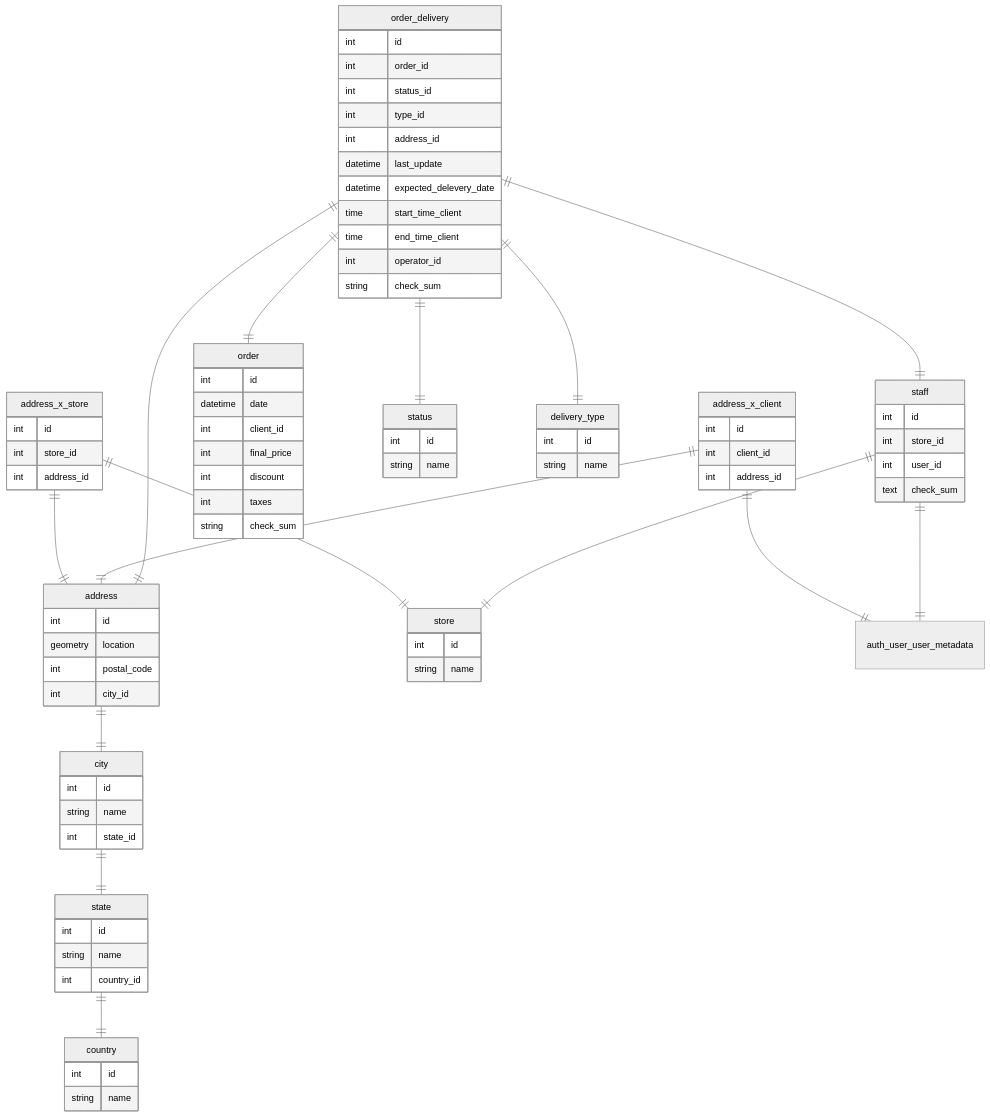
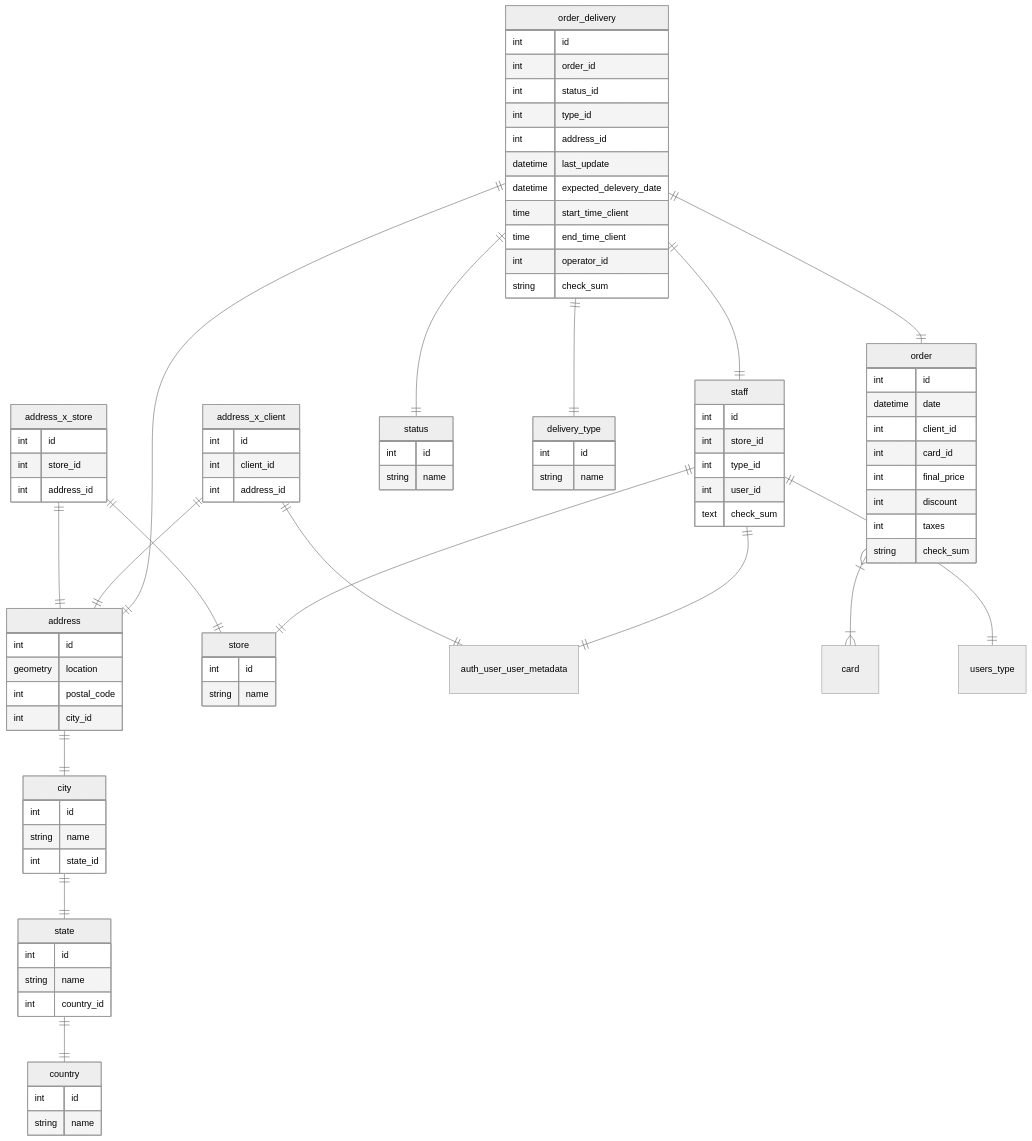
Before and after one commit to AvocadoAguacate/PokeiMarket: the fifth of 6 diagrams in backend/db/readme.md, drawn with Mermaid (neutral theme). The commit also changed other lines of this file and 1 other file, not shown here.

Commit message:
ADD card table, isDeleted

```diff
--- a/backend/db/readme.md
+++ b/backend/db/readme.md
@@ -784,6 +829,7 @@
         datetime date
         int client_id
         %% cliend_id = FK auth.users.id
+        int card_id
         int final_price
         %% final_price NUMERIC(10, 2)
         int discount
@@ -792,9 +838,14 @@
         %% taxes NUMERIC(10, 2)
         string check_sum
     }
+
+    order }|--|{ card:""
+
     staff{
         int id
         int store_id
+        int type_id
+        %% CONSTRAINT fk_type FOREIGN KEY (type_id) REFERENCES user (id) ON DELETE CASCADE
         int user_id
         %% CONSTRAINT fk_user FOREIGN KEY (user_id) REFERENCES auth.users (id) ON DELETE CASCADE
         text check_sum
@@ -802,6 +853,7 @@
 
     staff||--|| auth_user_user_metadata:""
     staff||--|| store:""
+    staff||--|| users_type:""
 
     status{
         int id
```
